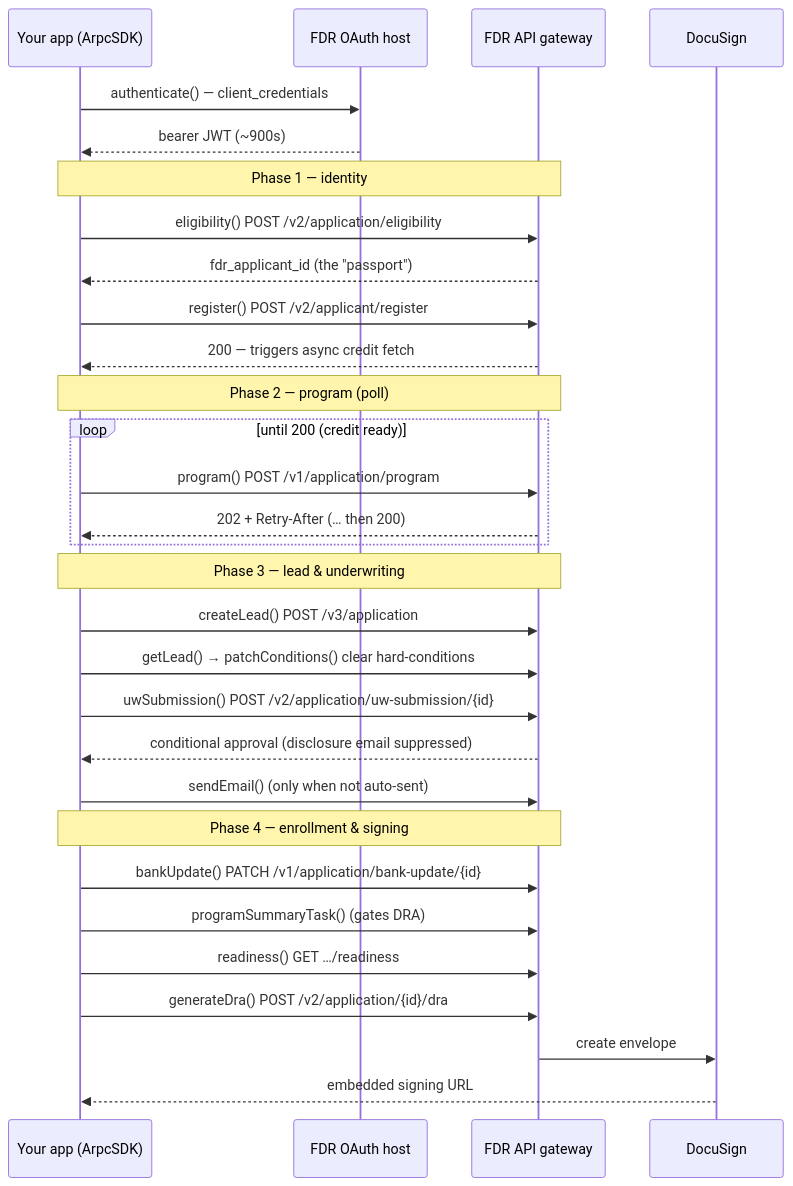
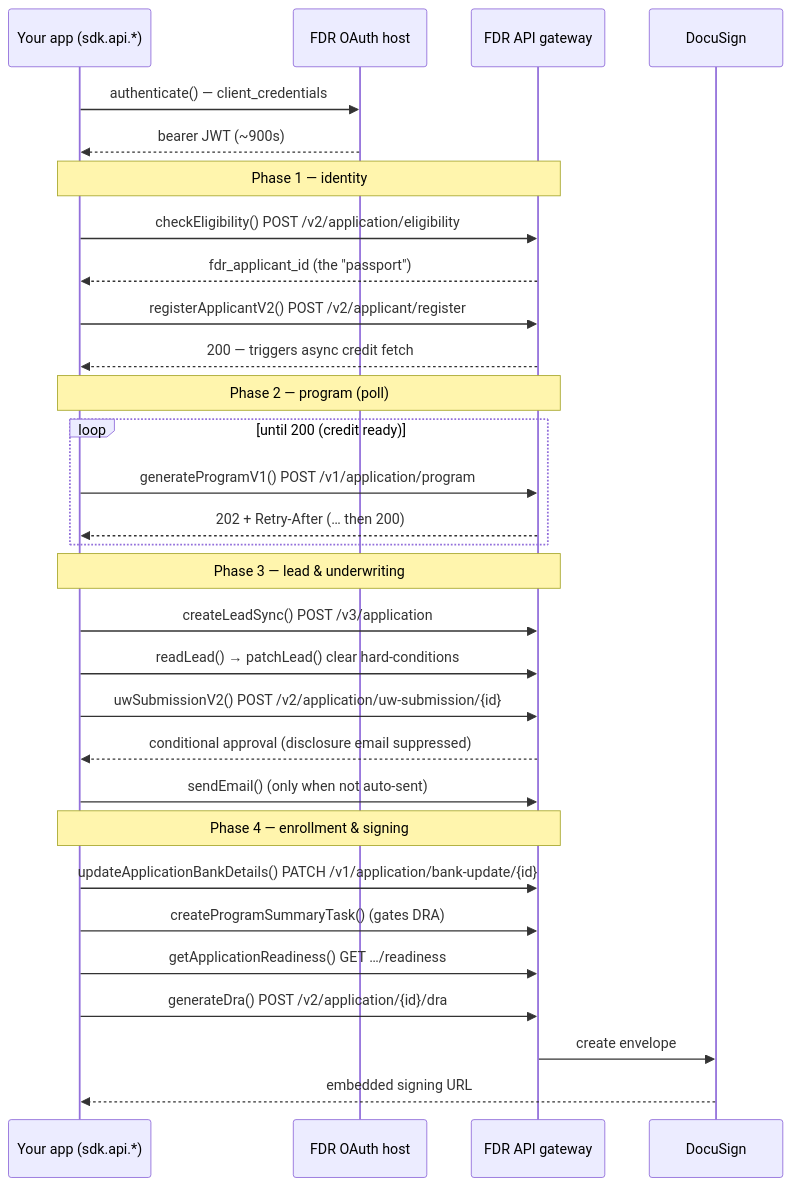
One commit to BorrowBetter/arpcsdk changed the diagram in README.md. Above: the diagram before and after it, drawn with Mermaid. The commit also changed other lines of this file and 11 other files, not shown here.

````diff
--- a/README.md
+++ b/README.md
@@ -60,37 +52,37 @@
 ```mermaid
 sequenceDiagram
-    participant App as Your app (ArpcSDK)
+    participant App as Your app (sdk.api.*)
     participant OAuth as FDR OAuth host
     participant GW as FDR API gateway
     participant DS as DocuSign
 
     App->>OAuth: authenticate() — client_credentials
     OAuth-->>App: bearer JWT (~900s)
 
     Note over App,GW: Phase 1 — identity
-    App->>GW: eligibility()  POST /v2/application/eligibility
+    App->>GW: checkEligibility()  POST /v2/application/eligibility
     GW-->>App: fdr_applicant_id (the "passport")
-    App->>GW: register()  POST /v2/applicant/register
+    App->>GW: registerApplicantV2()  POST /v2/applicant/register
     GW-->>App: 200 — triggers async credit fetch
 
     Note over App,GW: Phase 2 — program (poll)
     loop until 200 (credit ready)
-        App->>GW: program()  POST /v1/application/program
+        App->>GW: generateProgramV1()  POST /v1/application/program
         GW-->>App: 202 + Retry-After  (… then 200)
     end
 
     Note over App,GW: Phase 3 — lead & underwriting
-    App->>GW: createLead()  POST /v3/application
-    App->>GW: getLead() → patchConditions()  clear hard-conditions
-    App->>GW: uwSubmission()  POST /v2/application/uw-submission/{id}
+    App->>GW: createLeadSync()  POST /v3/application
+    App->>GW: readLead() → patchLead()  clear hard-conditions
+    App->>GW: uwSubmissionV2()  POST /v2/application/uw-submission/{id}
     GW-->>App: conditional approval (disclosure email suppressed)
     App->>GW: sendEmail()  (only when not auto-sent)
 
     Note over App,GW: Phase 4 — enrollment & signing
-    App->>GW: bankUpdate()  PATCH /v1/application/bank-update/{id}
-    App->>GW: programSummaryTask()  (gates DRA)
-    App->>GW: readiness()  GET …/readiness
+    App->>GW: updateApplicationBankDetails()  PATCH /v1/application/bank-update/{id}
+    App->>GW: createProgramSummaryTask()  (gates DRA)
+    App->>GW: getApplicationReadiness()  GET …/readiness
     App->>GW: generateDra()  POST /v2/application/{id}/dra
     GW->>DS: create envelope
     DS-->>App: embedded signing URL
 ```
````
